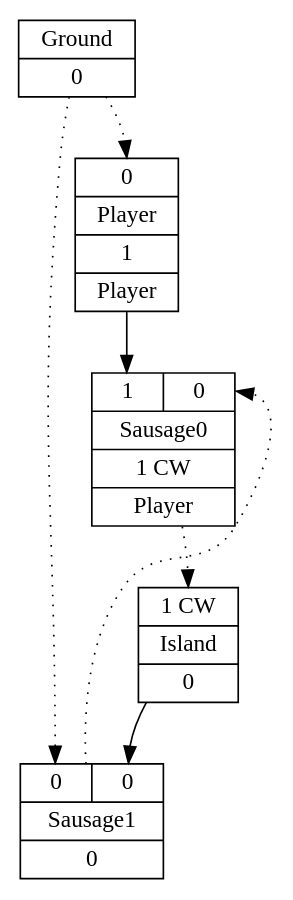
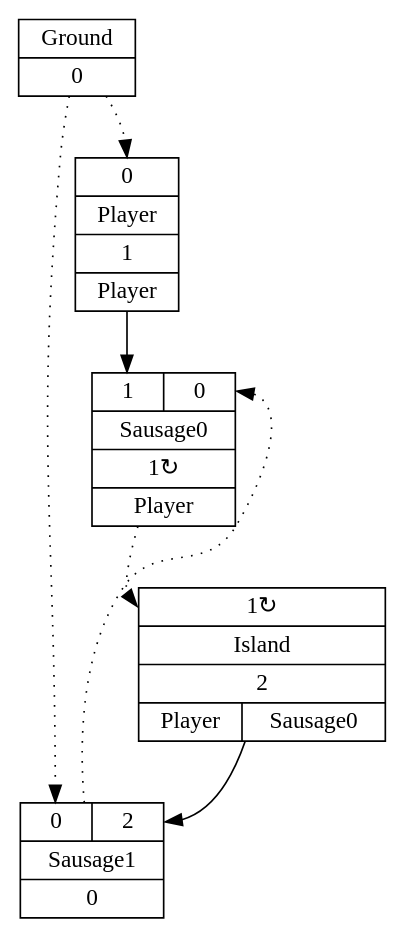
Before and after one commit to increpare/AbstractPropagationSim: the diagram in mid/6/graph_3.gv, drawn with Graphviz. The commit also changed 106 other files, not shown here.

```diff
--- a/mid/6/graph_3.gv
+++ b/mid/6/graph_3.gv
@@ -1,14 +1,14 @@
 digraph G {
 node [shape=record];
 Player[ label ="{{<GroundP>0}|{Player}|<PlayerOUT>1|{Player}}"];
 Ground[ label ="{{Ground}|<GroundOUT>0}"];
-Sausage0[ label ="{{<Player>1|<Sausage1P>0}|{Sausage0}|<Sausage0OUT>1 CW|{Player}}"];
-Sausage1[ label ="{{<GroundP>0|<Island>0}|{Sausage1}|<Sausage1OUT>0}"];
-Island[ label ="{{<Sausage0P>1 CW}|{Island}|<IslandOUT>0}"];
+Sausage0[ label ="{{<Player>1|<Sausage1P>0}|{Sausage0}|<Sausage0OUT>1&#8635;|{Player}}"];
+Sausage1[ label ="{{<GroundP>0|<Island>2}|{Sausage1}|<Sausage1OUT>0}"];
+Island[ label ="{{<Sausage0P>1&#8635;}|{Island}|<IslandOUT>2|{Player|Sausage0}}"];
 	"Ground" -> "Player":GroundP [style=dotted];
 	"Player" -> "Sausage0":Player;
 	"Sausage1" -> "Sausage0":Sausage1P [style=dotted];
 	"Sausage0" -> "Island":Sausage0P [style=dotted];
 	"Ground" -> "Sausage1":GroundP [style=dotted];
 	"Island" -> "Sausage1":Island;
 }
```
